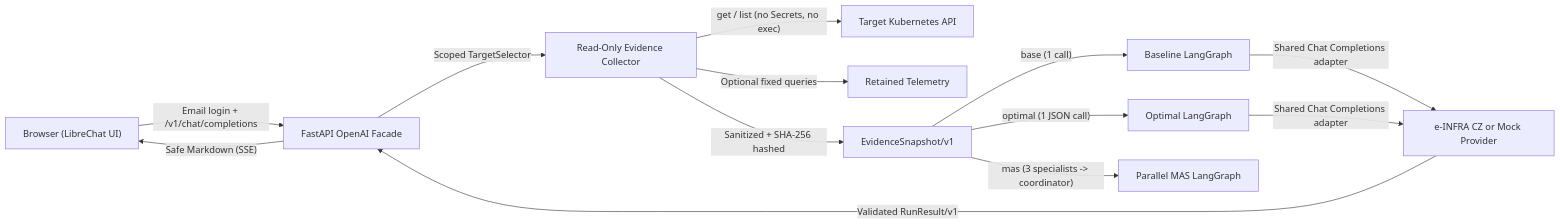
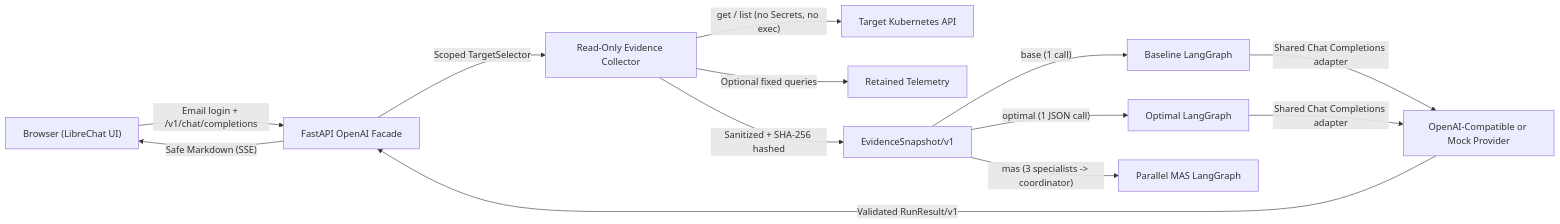
One commit to jkuzel02/RCAnnon changed the diagram in docs/getting-started.md. Above: the diagram before and after it, drawn with Mermaid. The commit also changed other lines of this file and 25 other files, not shown here.

First line of the commit message:
feat(provider): use OpenAI API directly across provider, compose, evaluation, and docs

````diff
--- a/docs/getting-started.md
+++ b/docs/getting-started.md
@@ -51,15 +51,15 @@
 ```mermaid
 flowchart LR
     U["Browser (LibreChat UI)"] -->|"Email login + /v1/chat/completions"| A["FastAPI OpenAI Facade"]
     A -->|"Scoped TargetSelector"| C["Read-Only Evidence Collector"]
     C -->|"get / list (no Secrets, no exec)"| K["Target Kubernetes API"]
     C -->|"Optional fixed queries"| P["Retained Telemetry"]
     C -->|"Sanitized + SHA-256 hashed"| S["EvidenceSnapshot/v1"]
     S -->|"base (1 call)"| W1["Baseline LangGraph"]
     S -->|"optimal (1 JSON call)"| W2["Optimal LangGraph"]
     S -->|"mas (3 specialists -> coordinator)"| W3["Parallel MAS LangGraph"]
-    W1 -->|"Shared Chat Completions adapter"| L["e-INFRA CZ or Mock Provider"]
+    W1 -->|"Shared Chat Completions adapter"| L["OpenAI-Compatible or Mock Provider"]
     W2 -->|"Shared Chat Completions adapter"| L
     L -->|"Validated RunResult/v1"| A
     A -->|"Safe Markdown (SSE)"| U
 ```
````
